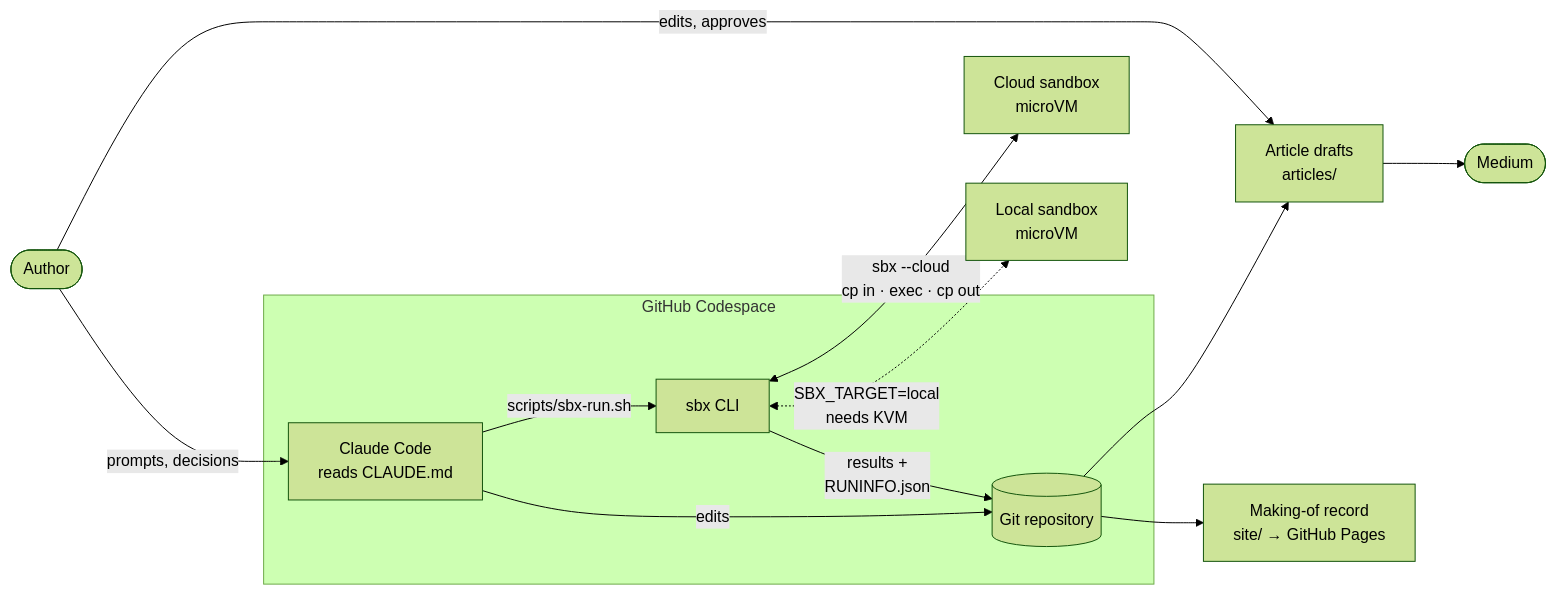
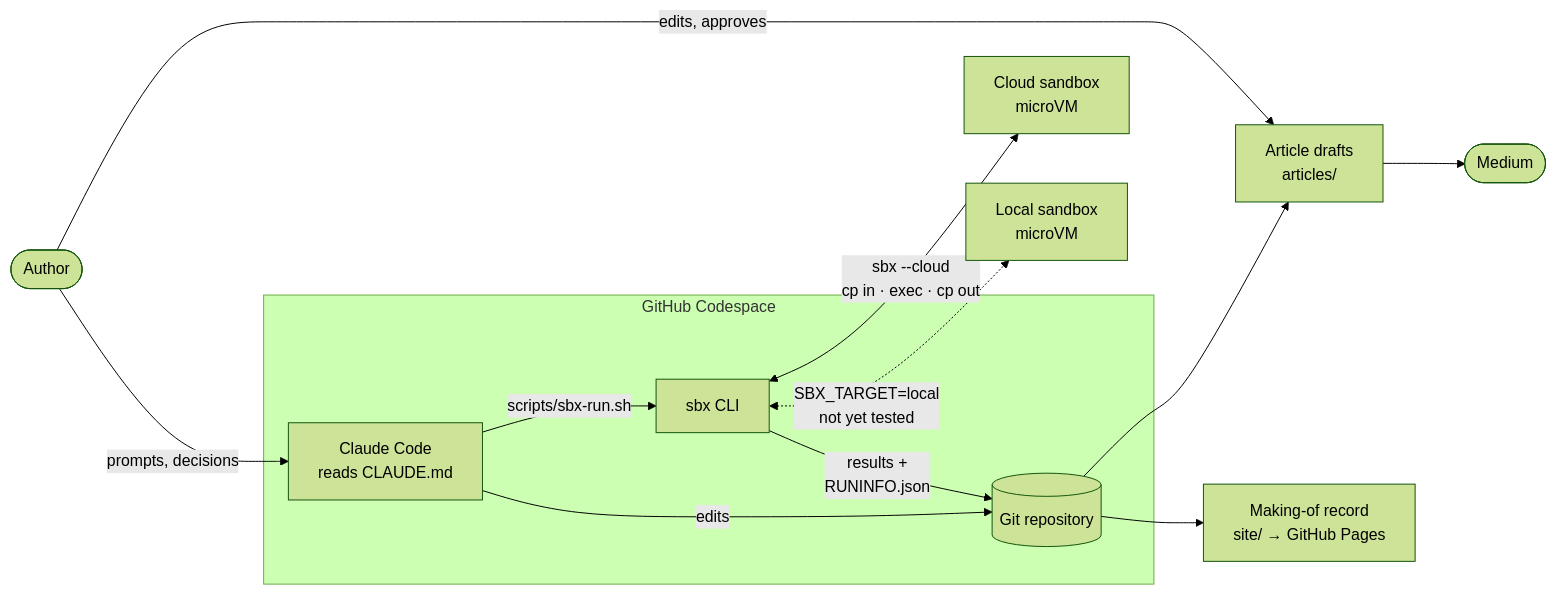
One commit to andreagalle/five-easy-pieces-agentic-ai changed the diagram in site/assets/img/workflow.mmd. Above: the diagram before and after it, drawn with Mermaid (forest theme). The commit also changed 2 other files, not shown here.

```diff
--- a/site/assets/img/workflow.mmd
+++ b/site/assets/img/workflow.mmd
@@ -1,13 +1,13 @@
 flowchart LR
   A([Author]) -->|prompts, decisions| CC
   subgraph CS[GitHub Codespace]
     CC[Claude Code<br/>reads CLAUDE.md] -->|scripts/sbx-run.sh| SBX[sbx CLI]
     CC -->|edits| R[(Git repository)]
     SBX -->|results +<br/>RUNINFO.json| R
   end
   SBX <-->|"sbx --cloud<br/>cp in · exec · cp out"| CLOUD[Cloud sandbox<br/>microVM]
-  SBX <-.->|"SBX_TARGET=local<br/>needs KVM"| LOCAL[Local sandbox<br/>microVM]
+  SBX <-.->|"SBX_TARGET=local<br/>not yet tested"| LOCAL[Local sandbox<br/>microVM]
   R --> ART[Article drafts<br/>articles/]
   R --> SITE[Making-of record<br/>site/ → GitHub Pages]
   A -->|edits, approves| ART
   ART --> MED([Medium])
```
